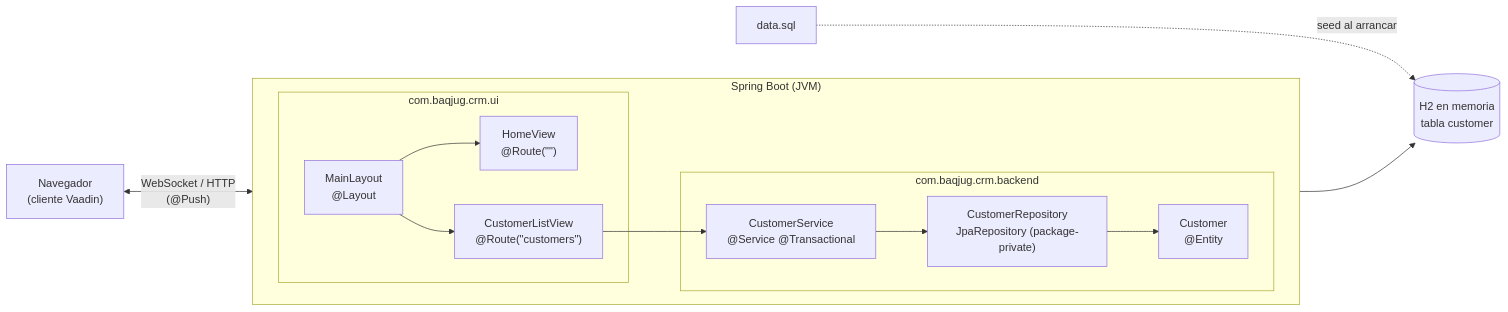
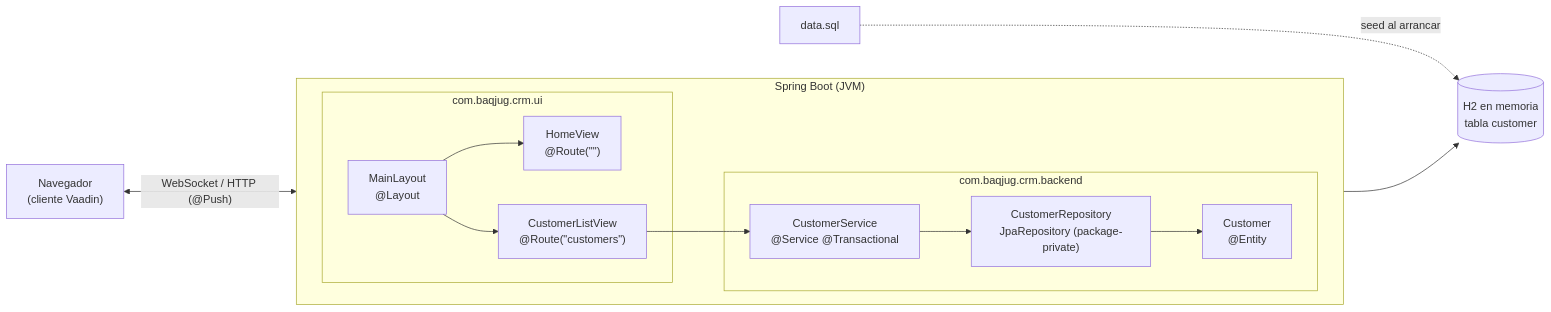
One commit to geovannymcode/crm-vaadin changed the first of 4 diagrams in README.md. Above: the diagram before and after it, drawn with Mermaid. The commit also changed other lines of this file, not shown here.

````diff
--- a/README.md
+++ b/README.md
@@ -38,31 +38,31 @@
 ```mermaid
 flowchart LR
     Browser["Navegador<br/>(cliente Vaadin)"]
 
     subgraph JVM["Spring Boot (JVM)"]
         direction LR
         subgraph UI["com.baqjug.crm.ui"]
             MainLayout["MainLayout<br/>@Layout"]
-            HomeView["HomeView<br/>@Route(&quot;&quot;)"]
-            CustomerListView["CustomerListView<br/>@Route(&quot;customers&quot;)"]
+            HomeView["HomeView<br/>@Route(#quot;#quot;)"]
+            CustomerListView["CustomerListView<br/>@Route(#quot;customers#quot;)"]
         end
 
         subgraph Backend["com.baqjug.crm.backend"]
             CustomerService["CustomerService<br/>@Service @Transactional"]
             CustomerRepository["CustomerRepository<br/>JpaRepository (package-private)"]
             Customer["Customer<br/>@Entity"]
         end
     end
 
     H2[("H2 en memoria<br/>tabla customer")]
     DataSQL["data.sql"]
 
-    Browser <-- "WebSocket / HTTP<br/>(@Push)" --> MainLayout
+    Browser <-->|"WebSocket / HTTP (@Push)"| MainLayout
     MainLayout --> HomeView
     MainLayout --> CustomerListView
     CustomerListView --> CustomerService
     CustomerService --> CustomerRepository
     CustomerRepository --> Customer
     CustomerRepository --> H2
     DataSQL -. "seed al arrancar" .-> H2
 ```
````
